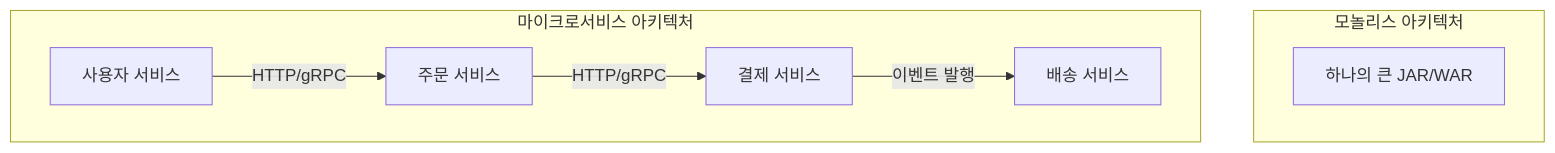
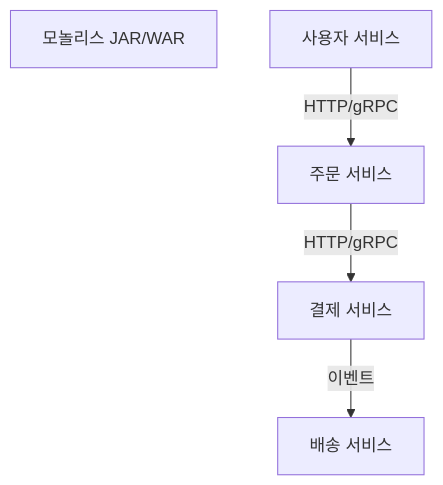
Diagram 14 of 17 in _posts/systemdesign/2026-05-02-system-design-fundamentals.md (yjkim2015/yjkim2015.github.io), drawn with Mermaid before and after one commit. The commit also changed 155 other files, not shown here.

First line of the commit message:
Mermaid 전면 수정: subgraph 제거, participant/노드/줄수 축소 (342블록)

````diff
--- a/_posts/systemdesign/2026-05-02-system-design-fundamentals.md
+++ b/_posts/systemdesign/2026-05-02-system-design-fundamentals.md
@@ -494,15 +494,7 @@
 ```mermaid
 graph TD
-    subgraph "모놀리스 아키텍처"
-        M["하나의 큰 JAR/WAR"]
-    end
-    subgraph "마이크로서비스 아키텍처"
-        US["사용자 서비스"]
-        OS["주문 서비스"]
-        PS["결제 서비스"]
-        DS["배송 서비스"]
-    end
-    US -->|"HTTP/gRPC"| OS
-    OS -->|"HTTP/gRPC"| PS
-    PS -->|"이벤트 발행"| DS
+    M["모놀리스 JAR/WAR"]
+    US["사용자 서비스"] -->|"HTTP/gRPC"| OS["주문 서비스"]
+    OS -->|"HTTP/gRPC"| PS["결제 서비스"]
+    PS -->|"이벤트"| DS["배송 서비스"]
 ```
````
